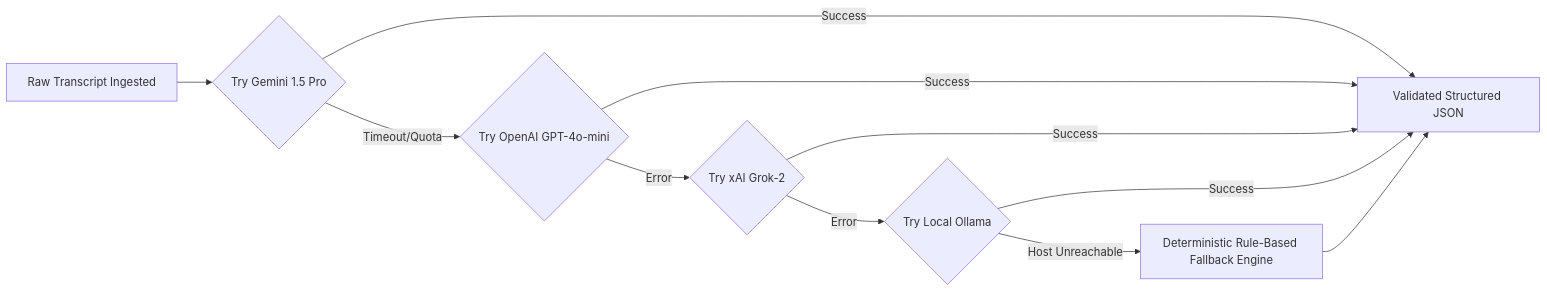
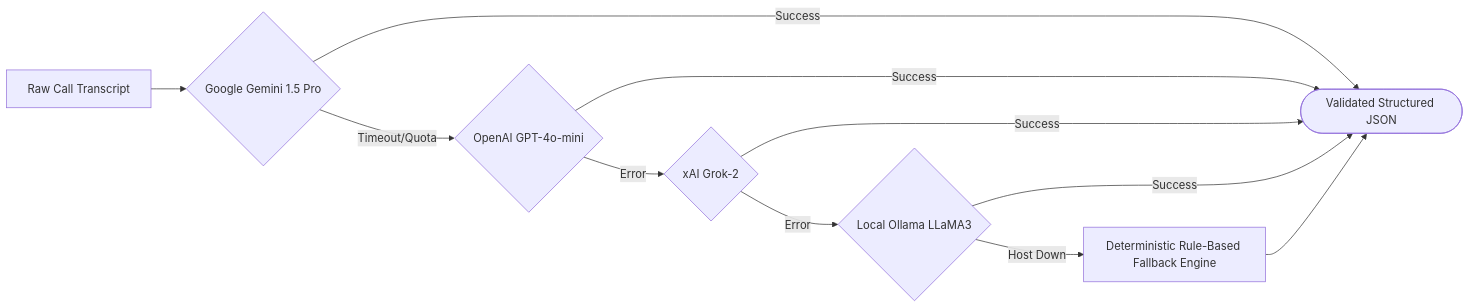
The third of 3 diagrams in docs/daily-reports/SalesGenie_Post_Oct31_Detailed_Engineering_Report.md (CodeMaster11000/AI-Powered_Intelligent_Sales_Forecasting_Platform_using_Predictive_Analytics-TEAM-B), drawn with Mermaid before and after one commit. The commit also changed other lines of this file, not shown here.

````diff
--- a/docs/daily-reports/SalesGenie_Post_Oct31_Detailed_Engineering_Report.md
+++ b/docs/daily-reports/SalesGenie_Post_Oct31_Detailed_Engineering_Report.md
@@ -273,13 +185,13 @@
 ```mermaid
 flowchart LR
-    A[Raw Transcript Ingested] --> B{Try Gemini 1.5 Pro}
-    B -- Success --> Z[Validated Structured JSON]
-    B -- Timeout/Quota --> C{Try OpenAI GPT-4o-mini}
+    A[Raw Call Transcript] --> B{Google Gemini 1.5 Pro}
+    B -- Success --> Z([Validated Structured JSON])
+    B -- Timeout/Quota --> C{OpenAI GPT-4o-mini}
     C -- Success --> Z
-    C -- Error --> D{Try xAI Grok-2}
+    C -- Error --> D{xAI Grok-2}
     D -- Success --> Z
-    D -- Error --> E{Try Local Ollama}
+    D -- Error --> E{Local Ollama LLaMA3}
     E -- Success --> Z
-    E -- Host Unreachable --> F[Deterministic Rule-Based Fallback Engine]
+    E -- Host Down --> F[Deterministic Rule-Based Fallback Engine]
     F --> Z
 ```
````
